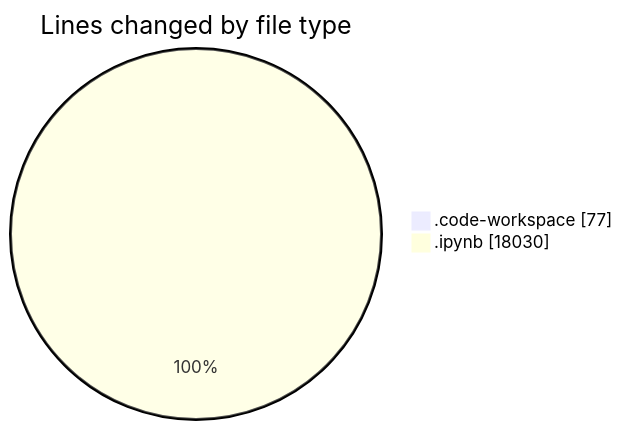
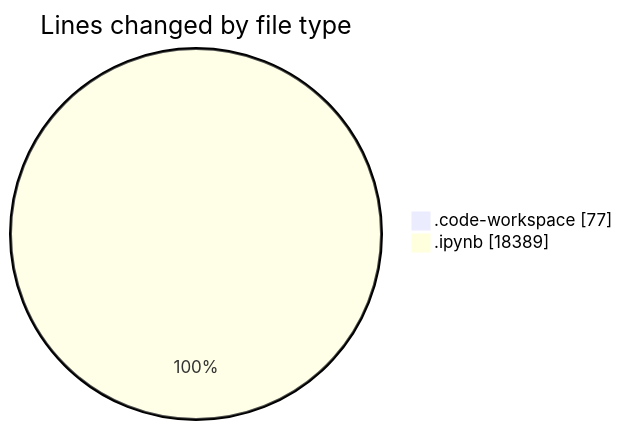
One commit to MatusMokan/code-tracking changed the first of 2 diagrams in 2025-03-14/myws__workspace_/README.md. Above: the diagram before and after it, drawn with Mermaid. The commit also changed other lines of this file and 1 other file, not shown here.

````diff
--- a/2025-03-14/myws__workspace_/README.md
+++ b/2025-03-14/myws__workspace_/README.md
@@ -21,6 +22,6 @@
 ```mermaid
 pie showData
 title Lines changed by file type
 ".code-workspace" : 77
-".ipynb" : 18030
+".ipynb" : 18389
 ```
````
